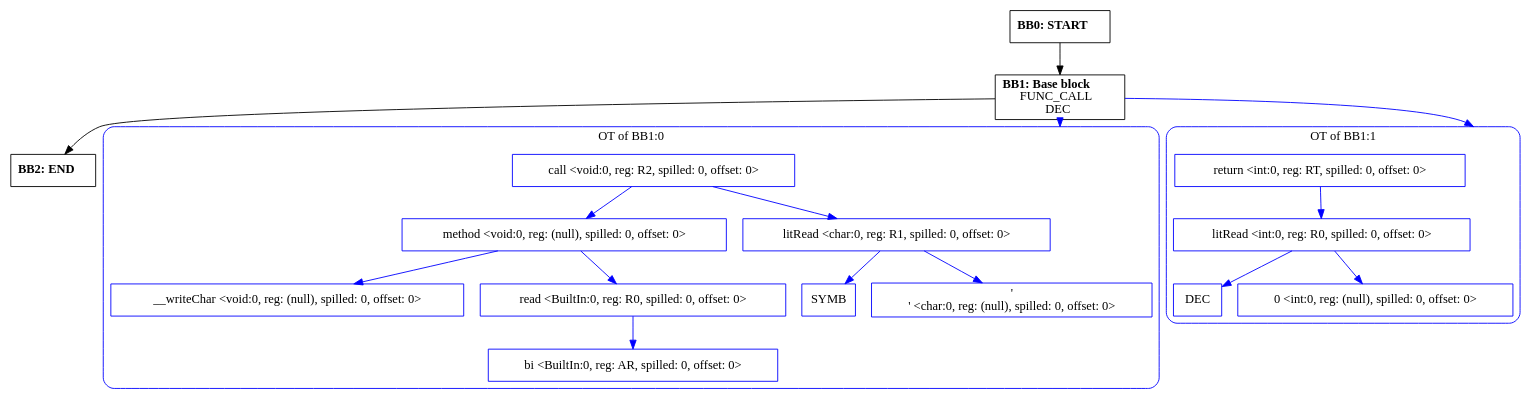
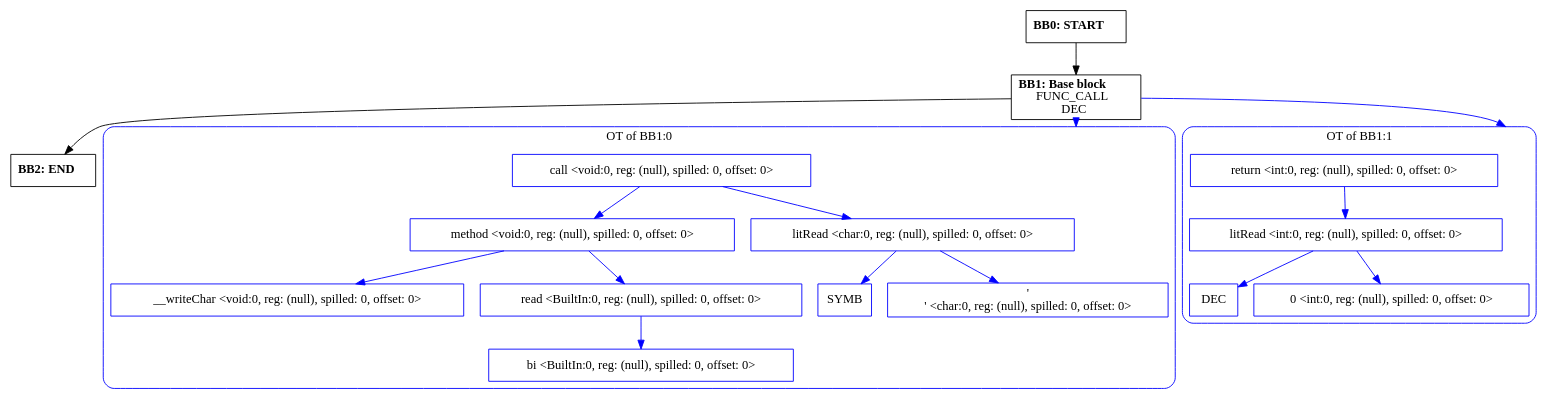
One commit to zavar152-cv/myLang-oop-compiler changed the diagram in outputs/cfg/io.IO.println.dot. Above: the diagram before and after it, drawn with Graphviz. The commit also changed 33 other files, not shown here.

```diff
--- a/outputs/cfg/io.IO.println.dot
+++ b/outputs/cfg/io.IO.println.dot
@@ -1,48 +1,48 @@
 digraph CFG {
     compound=true;
     graph [splines=true];
     node [shape=rectangle];
 
     BB2 [label=<<B>BB2: END</B><BR ALIGN="CENTER"/>>];
     BB1 [label=<<B>BB1: Base block</B><BR ALIGN="CENTER"/>FUNC_CALL<BR ALIGN="CENTER"/>DEC<BR ALIGN="CENTER"/>>];
     subgraph cluster_instruction0 {
         label = "OT of BB1:0";
         style=rounded;
         color=blue;
         entry0 [shape=point, style=invis];
-        node0 [label="call <void:0, reg: R2, spilled: 0, offset: 0>", color=blue];
+        node0 [label="call <void:0, reg: (null), spilled: 0, offset: 0>", color=blue];
         node1 [label="method <void:0, reg: (null), spilled: 0, offset: 0>", color=blue];
         node2 [label="__writeChar <void:0, reg: (null), spilled: 0, offset: 0>", color=blue];
         node1 -> node2[color=blue];
-        node3 [label="read <BuiltIn:0, reg: R0, spilled: 0, offset: 0>", color=blue];
-        node4 [label="bi <BuiltIn:0, reg: AR, spilled: 0, offset: 0>", color=blue];
+        node3 [label="read <BuiltIn:0, reg: (null), spilled: 0, offset: 0>", color=blue];
+        node4 [label="bi <BuiltIn:0, reg: (null), spilled: 0, offset: 0>", color=blue];
         node3 -> node4[color=blue];
         node1 -> node3[color=blue];
         node0 -> node1[color=blue];
-        node5 [label="litRead <char:0, reg: R1, spilled: 0, offset: 0>", color=blue];
+        node5 [label="litRead <char:0, reg: (null), spilled: 0, offset: 0>", color=blue];
         node6 [label="SYMB", color=blue];
         node5 -> node6[color=blue];
         node7 [label="'\n' <char:0, reg: (null), spilled: 0, offset: 0>", color=blue];
         node5 -> node7[color=blue];
         node0 -> node5[color=blue];
     }
     BB1 -> entry0 [lhead=cluster_instruction0, color=blue];
     subgraph cluster_instruction1 {
         label = "OT of BB1:1";
         style=rounded;
         color=blue;
         entry1 [shape=point, style=invis];
-        node8 [label="return <int:0, reg: RT, spilled: 0, offset: 0>", color=blue];
-        node9 [label="litRead <int:0, reg: R0, spilled: 0, offset: 0>", color=blue];
+        node8 [label="return <int:0, reg: (null), spilled: 0, offset: 0>", color=blue];
+        node9 [label="litRead <int:0, reg: (null), spilled: 0, offset: 0>", color=blue];
         node10 [label="DEC", color=blue];
         node9 -> node10[color=blue];
         node11 [label="0 <int:0, reg: (null), spilled: 0, offset: 0>", color=blue];
         node9 -> node11[color=blue];
         node8 -> node9[color=blue];
     }
     BB1 -> entry1 [lhead=cluster_instruction1, color=blue];
     BB0 [label=<<B>BB0: START</B><BR ALIGN="CENTER"/>>];
 
     BB1 -> BB2;
     BB0 -> BB1;
 }
```
